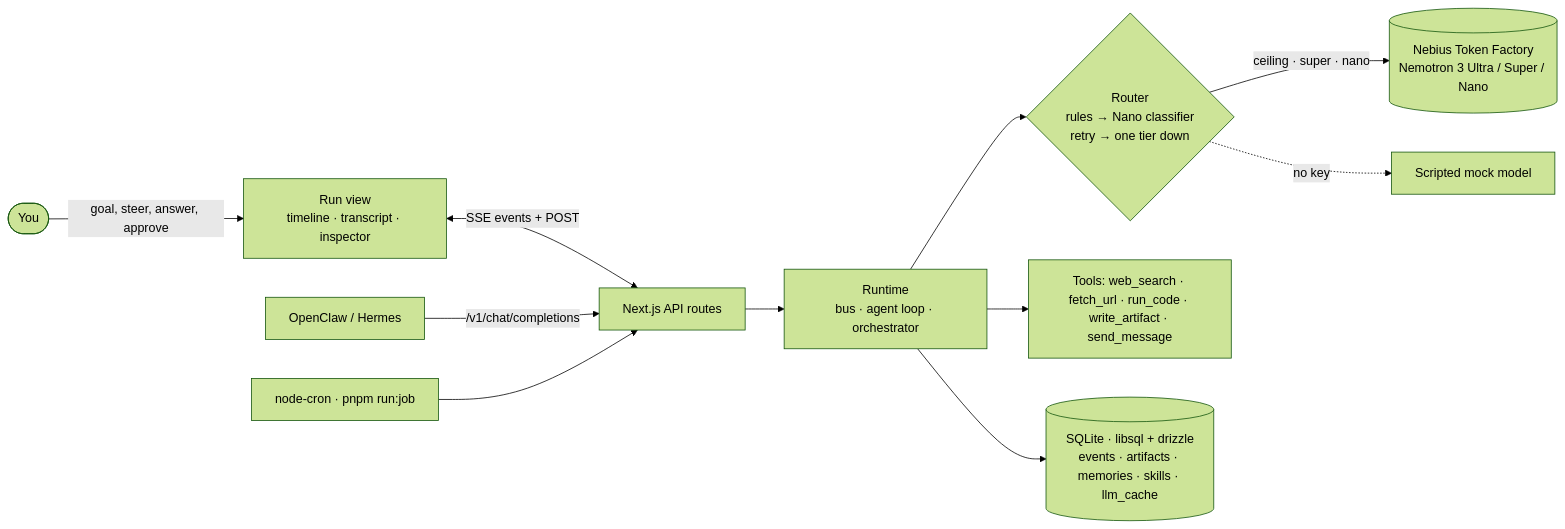
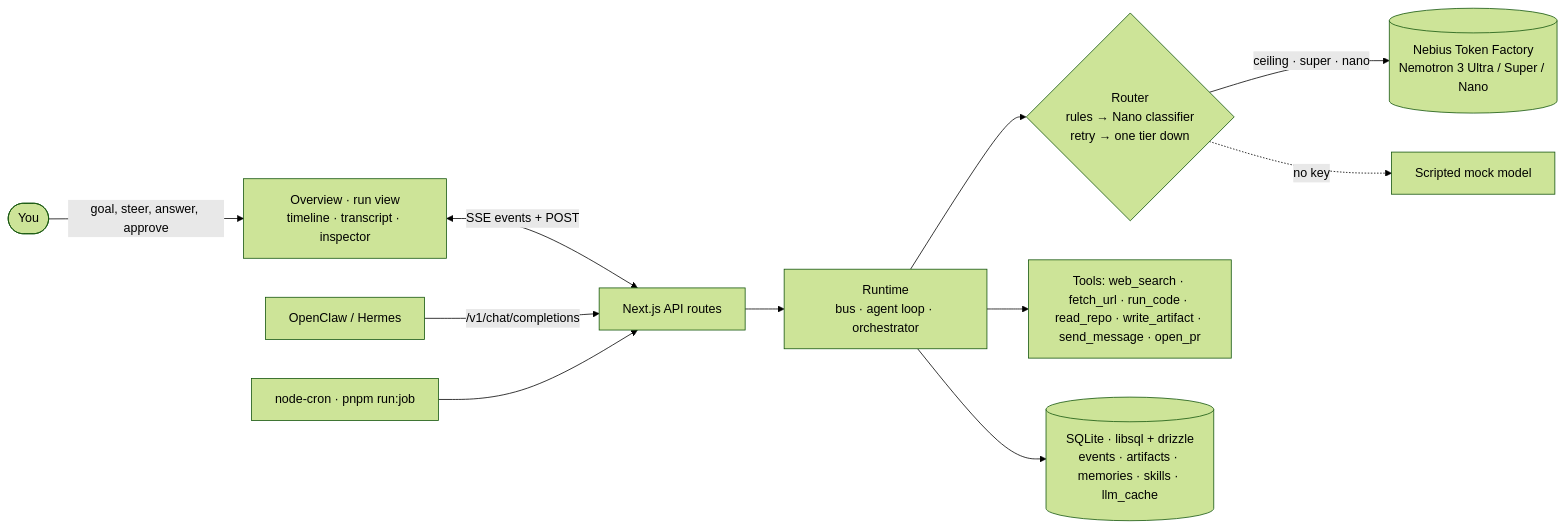
Before and after one commit to harrymove-ctrl/nimbus: the diagram in README.md, drawn with Mermaid (forest theme). The commit also changed other lines of this file and 1 other file, not shown here.

Commit message:
README and BACKLOG for Rev F: Overview, plan draft, pill, loop view, the seven workstreams, router rules, current numbers

````diff
--- a/README.md
+++ b/README.md
@@ -63,13 +98,13 @@
 ```mermaid
 flowchart LR
-  U([You]) -->|goal, steer, answer, approve| UI[Run view<br/>timeline · transcript · inspector]
+  U([You]) -->|goal, steer, answer, approve| UI[Overview · run view<br/>timeline · transcript · inspector]
   UI <-->|SSE events + POST| API[Next.js API routes]
   CHAT[OpenClaw / Hermes] -->|/v1/chat/completions| API
   CRON[node-cron · pnpm run:job] --> API
   API --> RT[Runtime<br/>bus · agent loop · orchestrator]
   RT --> R{Router<br/>rules → Nano classifier<br/>retry → one tier down}
   R -->|ceiling · super · nano| TF[(Nebius Token Factory<br/>Nemotron 3 Ultra / Super / Nano)]
   R -.->|no key| MOCK[Scripted mock model]
-  RT --> T[Tools: web_search · fetch_url · run_code · write_artifact · send_message]
+  RT --> T[Tools: web_search · fetch_url · run_code · read_repo · write_artifact · send_message · open_pr]
   RT --> DB[(SQLite · libsql + drizzle<br/>events · artifacts · memories · skills · llm_cache)]
 ```
````
